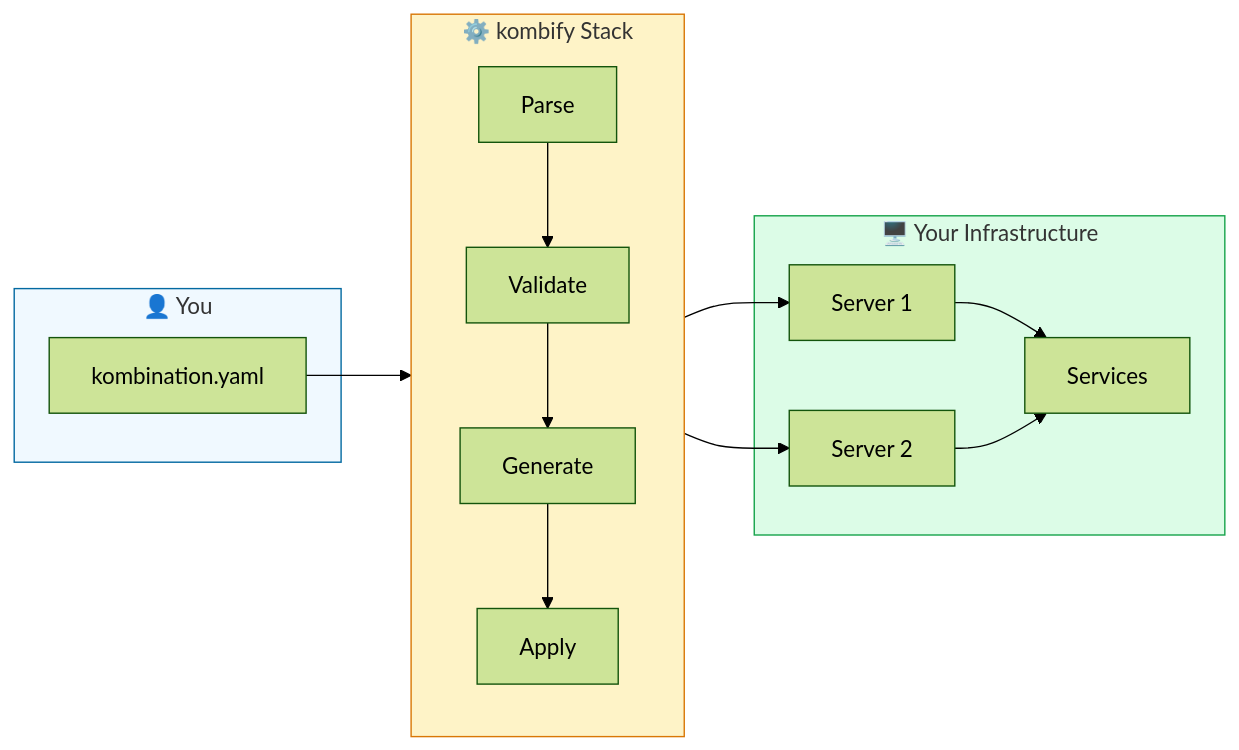
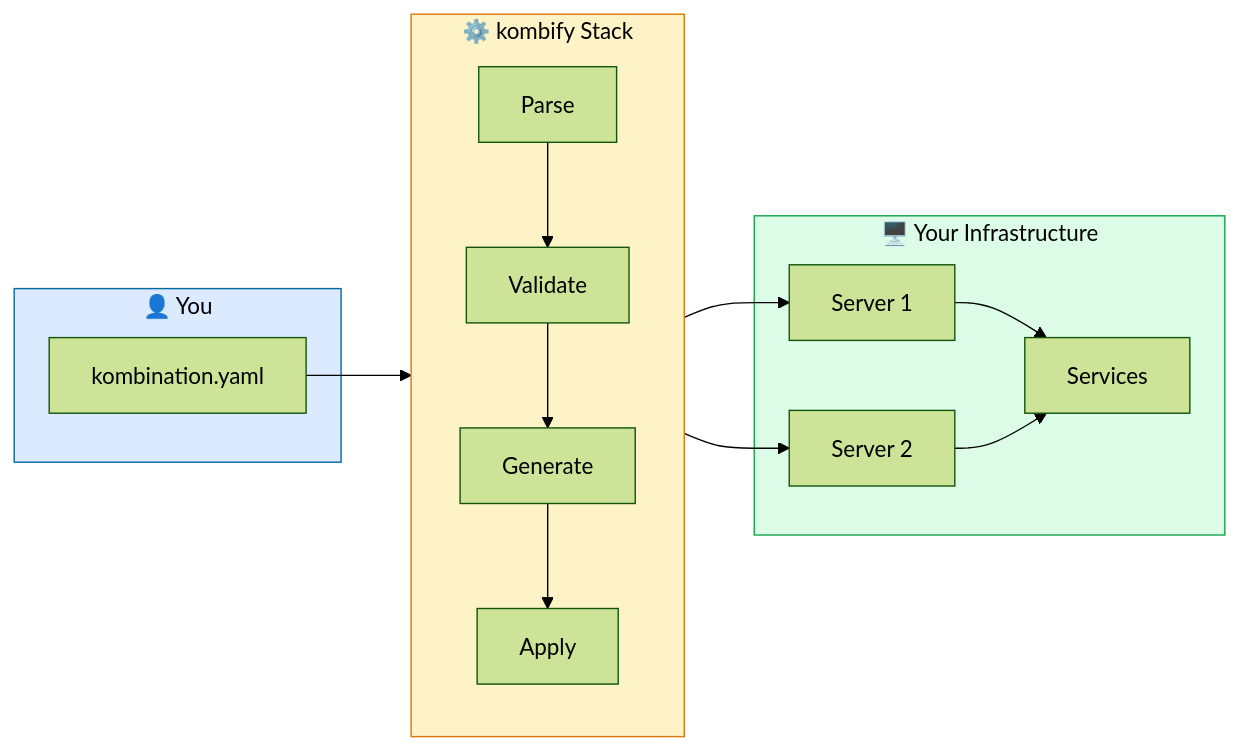
The first of 3 diagrams in introduction.mdx (KombiverseLabs/docs), drawn with Mermaid (forest theme) before and after one commit. The commit also changed other lines of this file, not shown here.

````diff
--- a/introduction.mdx
+++ b/introduction.mdx
@@ -51,29 +52,29 @@
 ```mermaid
 flowchart LR
     subgraph User["👤 You"]
         YAML["kombination.yaml"]
     end
     
     subgraph Kombify["⚙️ kombify Stack"]
         direction TB
         Parse["Parse"]
         Validate["Validate"]
         Generate["Generate"]
         Apply["Apply"]
         Parse --> Validate --> Generate --> Apply
     end
     
     subgraph Infrastructure["🖥️ Your Infrastructure"]
         Node1["Server 1"]
         Node2["Server 2"]
         Services["Services"]
     end
     
     YAML --> Parse
     Apply --> Node1 & Node2
     Node1 & Node2 --> Services
     
-    style User fill:#f0f9ff,stroke:#0369a1
-    style Kombify fill:#fef3c7,stroke:#d97706
-    style Infrastructure fill:#dcfce7,stroke:#16a34a
+    style User fill:#dbeafe,stroke:#0369a1,color:#000
+    style Kombify fill:#fef3c7,stroke:#d97706,color:#000
+    style Infrastructure fill:#dcfce7,stroke:#16a34a,color:#000
 ```
````
